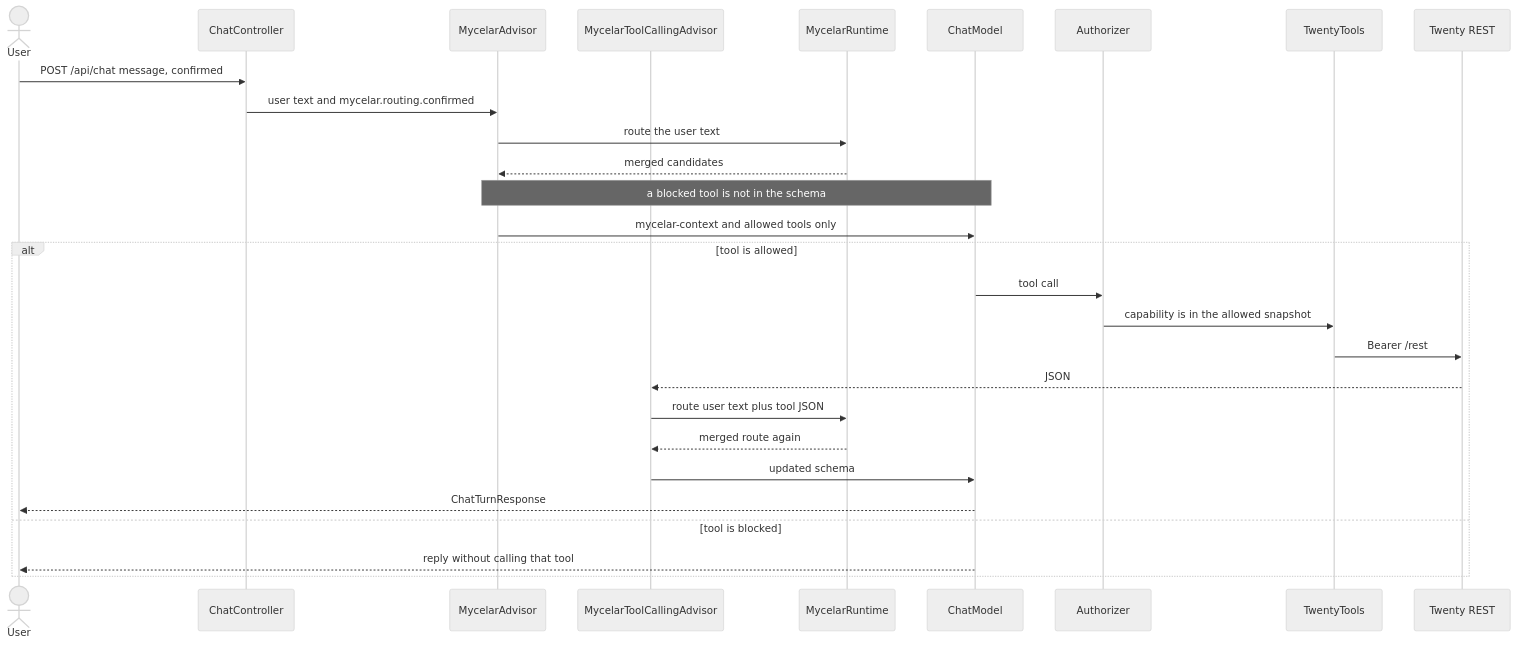
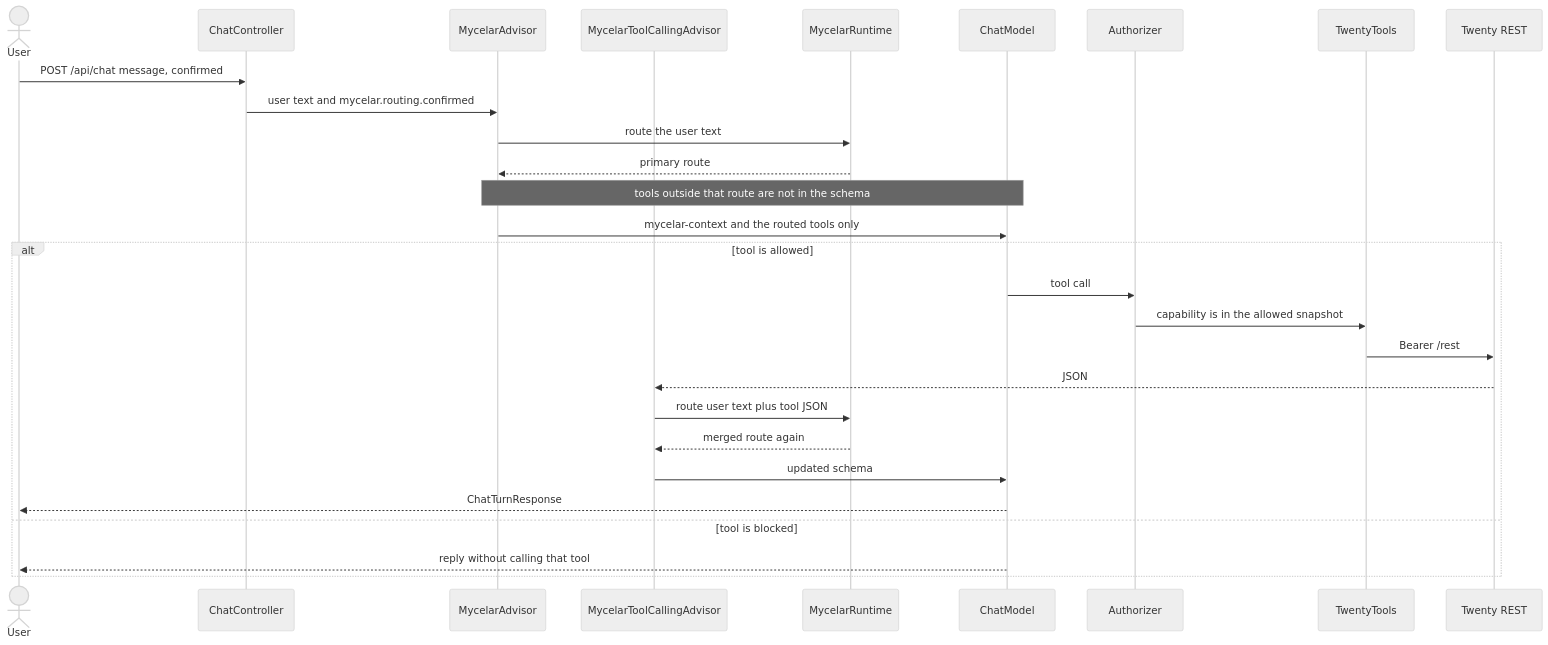
Before and after one commit to jplucinski/mycelar-example-twentycrm: the second of 2 diagrams in README.md, drawn with Mermaid (neutral theme). The commit also changed other lines of this file and 2 other files, not shown here.

First line of the commit message:
Show that each chat turn registers only the routed tools.

````diff
--- a/README.md
+++ b/README.md
@@ -113,31 +115,31 @@
 ```mermaid
 sequenceDiagram
   actor User
   participant Chat as ChatController
   participant Advisor as MycelarAdvisor
   participant Calling as MycelarToolCallingAdvisor
   participant Runtime as MycelarRuntime
   participant Model as ChatModel
   participant Guard as Authorizer
   participant Tool as TwentyTools
   participant API as Twenty REST
 
   User->>Chat: POST /api/chat message, confirmed
   Chat->>Advisor: user text and mycelar.routing.confirmed
   Advisor->>Runtime: route the user text
-  Runtime-->>Advisor: merged candidates
-  Note over Advisor,Model: a blocked tool is not in the schema
-  Advisor->>Model: mycelar-context and allowed tools only
+  Runtime-->>Advisor: primary route
+  Note over Advisor,Model: tools outside that route are not in the schema
+  Advisor->>Model: mycelar-context and the routed tools only
   alt tool is allowed
     Model->>Guard: tool call
     Guard->>Tool: capability is in the allowed snapshot
     Tool->>API: Bearer /rest
     API-->>Calling: JSON
     Calling->>Runtime: route user text plus tool JSON
     Runtime-->>Calling: merged route again
     Calling->>Model: updated schema
     Model-->>User: ChatTurnResponse
   else tool is blocked
     Model-->>User: reply without calling that tool
   end
 ```
````
